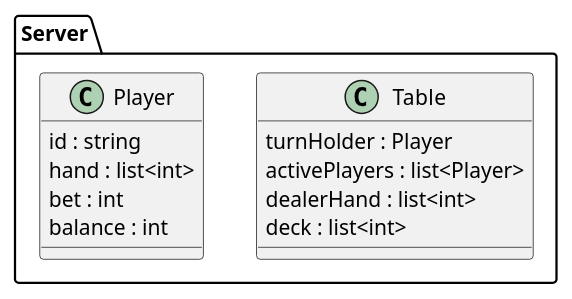
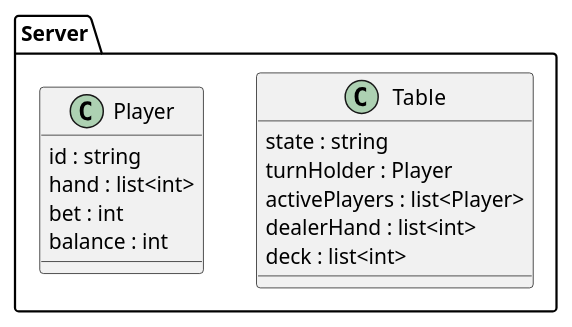
Before and after one commit to icefire1/hazardhulen.io: the diagram in Documentation/ClassDiag.puml, drawn with PlantUML. The commit also changed 1 other file, not shown here.

```diff
--- a/Documentation/ClassDiag.puml
+++ b/Documentation/ClassDiag.puml
@@ -1,15 +1,16 @@
 package Server {
   class Table {
+    state : string
     turnHolder : Player
     activePlayers : list<Player>
     dealerHand : list<int>
     deck : list<int>
   }
 
   class Player {
     id : string
     hand : list<int>
     bet : int
     balance : int
   }
 }
```
